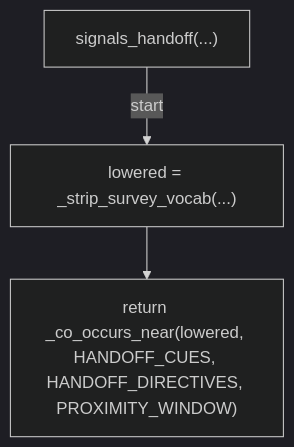
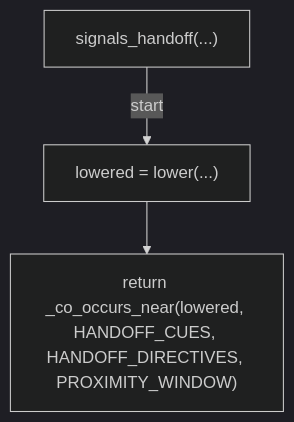
Before and after one commit to tvna/claude-md: the seventh of 13 diagrams in docs/generated/scripts/ast/stop_new_session_handoff_prompt.md, drawn with Mermaid (dark theme). The commit also changed other lines of this file and 6 other files, not shown here.

First line of the commit message:
docs(generated): regenerate decision tree and workflow diagrams

````diff
--- a/docs/generated/scripts/ast/stop_new_session_handoff_prompt.md
+++ b/docs/generated/scripts/ast/stop_new_session_handoff_prompt.md
@@ -127,8 +116,8 @@
 ```mermaid
 flowchart TD
     N001["signals_handoff(...)"]
-    N002["lowered = _strip_survey_vocab(...)"]
+    N002["lowered = lower(...)"]
     N003["return _co_occurs_near(lowered, HANDOFF_CUES, HANDOFF_DIRECTIVES, PROXIMITY_WINDOW)"]
     N001 -->|"start"| N002
     N002 --> N003
 ```
````
